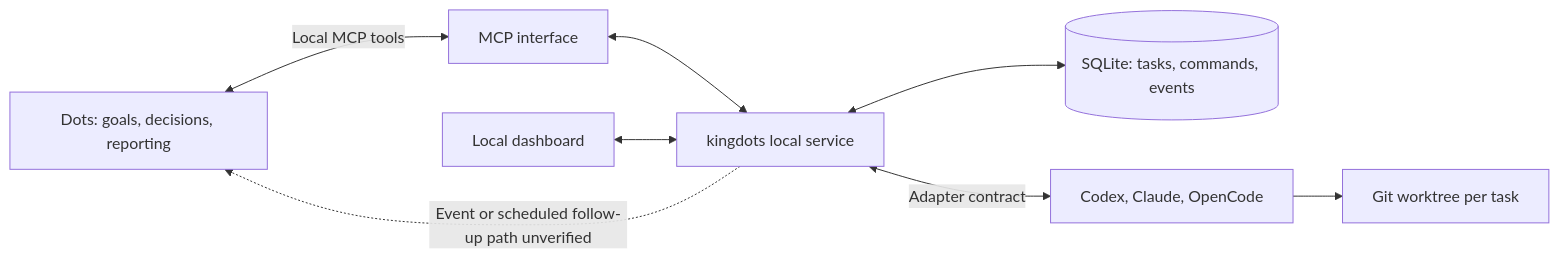
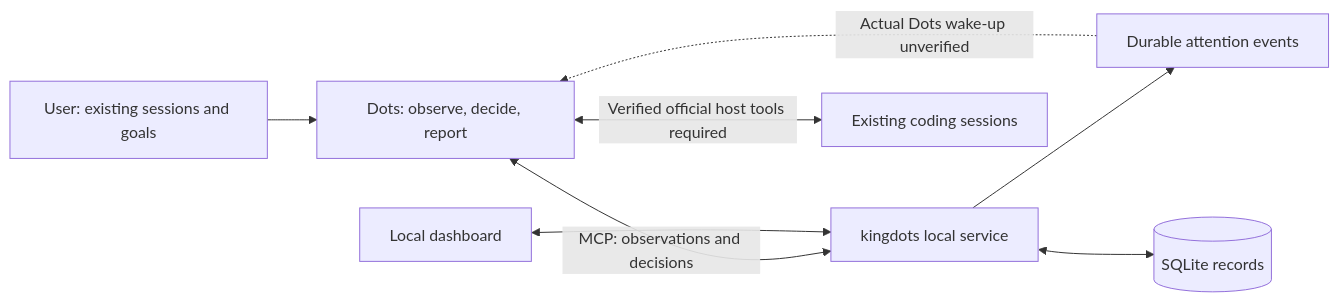
One commit to OtterHelm/kingdots changed the diagram in README.md. Above: the diagram before and after it, drawn with Mermaid. The commit also changed other lines of this file and 29 other files, not shown here.

Commit message:
refactor: make Dots supervise existing sessions

````diff
--- a/README.md
+++ b/README.md
@@ -53,10 +45,10 @@
 ```mermaid
 flowchart LR
-    D[Dots: goals, decisions, reporting] <-->|Local MCP tools| M[MCP interface]
-    M <--> S[kingdots local service]
-    S <--> DB[(SQLite: tasks, commands, events)]
-    S <-->|Adapter contract| A[Codex, Claude, OpenCode]
-    A --> G[Git worktree per task]
-    W[Local dashboard] <--> S
-    S -. Event or scheduled follow-up path unverified .-> D
+    U[User: existing sessions and goals] --> D[Dots: observe, decide, report]
+    D <-->|MCP: observations and decisions| K[kingdots local service]
+    D <-->|Verified official host tools required| S[Existing coding sessions]
+    K --> E[Durable attention events]
+    E -. Actual Dots wake-up unverified .-> D
+    K <--> DB[(SQLite records)]
+    W[Local dashboard] <--> K
 ```
````
